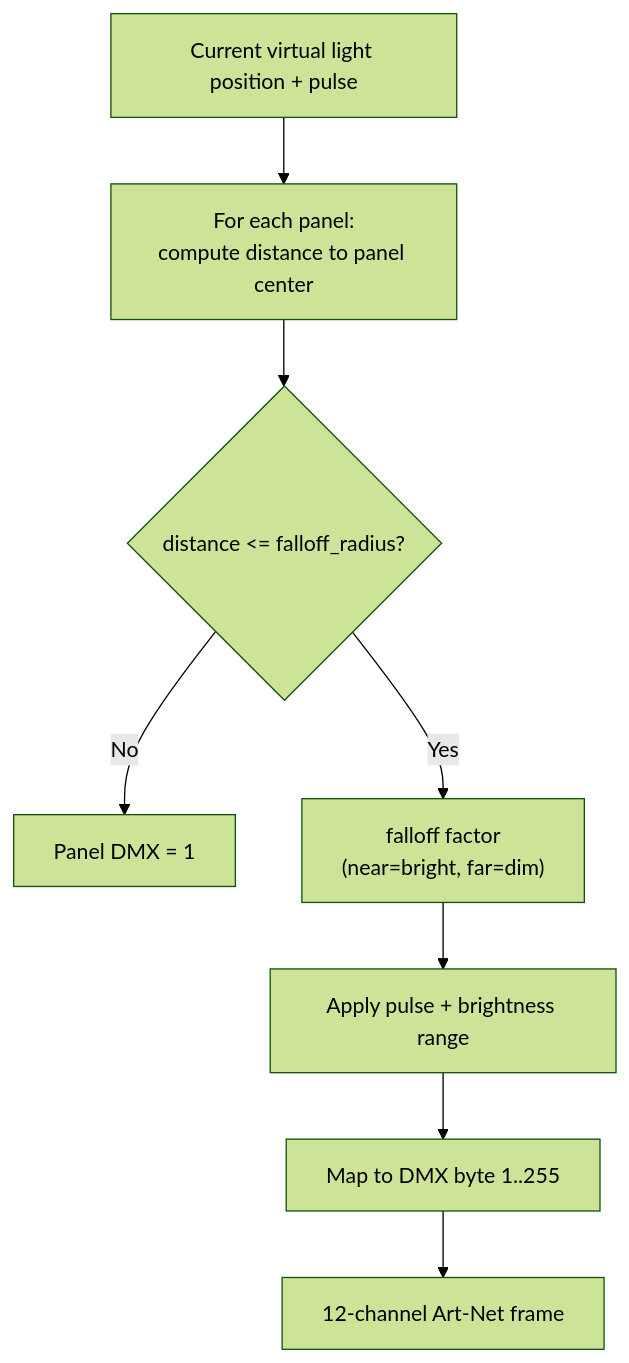
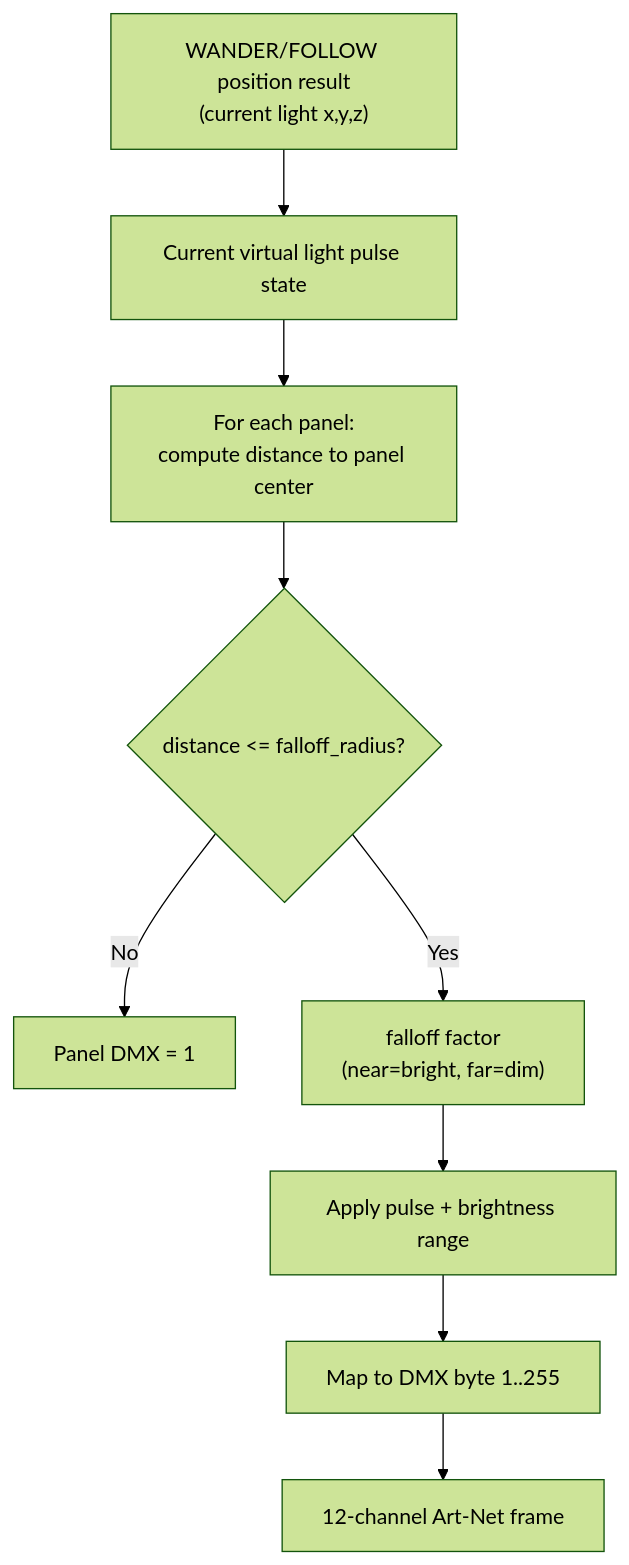
Diagram 14 of 14 in IO/CAMERA_TO_DMX_DIAGRAMS.md (npuckett/dc-dev), drawn with Mermaid (forest theme) before and after one commit. The commit also changed other lines of this file and 1 other file, not shown here.

Commit message:
wander update

````diff
--- a/IO/CAMERA_TO_DMX_DIAGRAMS.md
+++ b/IO/CAMERA_TO_DMX_DIAGRAMS.md
@@ -430,10 +436,11 @@
 ```mermaid
 flowchart TB
-    P["Current virtual light position + pulse"] --> D["For each panel:\ncompute distance to panel center"]
+    WPOS["WANDER/FOLLOW position result\n(current light x,y,z)"] --> P["Current virtual light pulse state"]
+    P --> D["For each panel:\ncompute distance to panel center"]
     D --> R{"distance <= falloff_radius?"}
     R -- No --> OFF["Panel DMX = 1"]
     R -- Yes --> F["falloff factor\n(near=bright, far=dim)"]
     F --> B["Apply pulse + brightness range"]
     B --> M["Map to DMX byte 1..255"]
     M --> OUT["12-channel Art-Net frame"]
 ```
````
